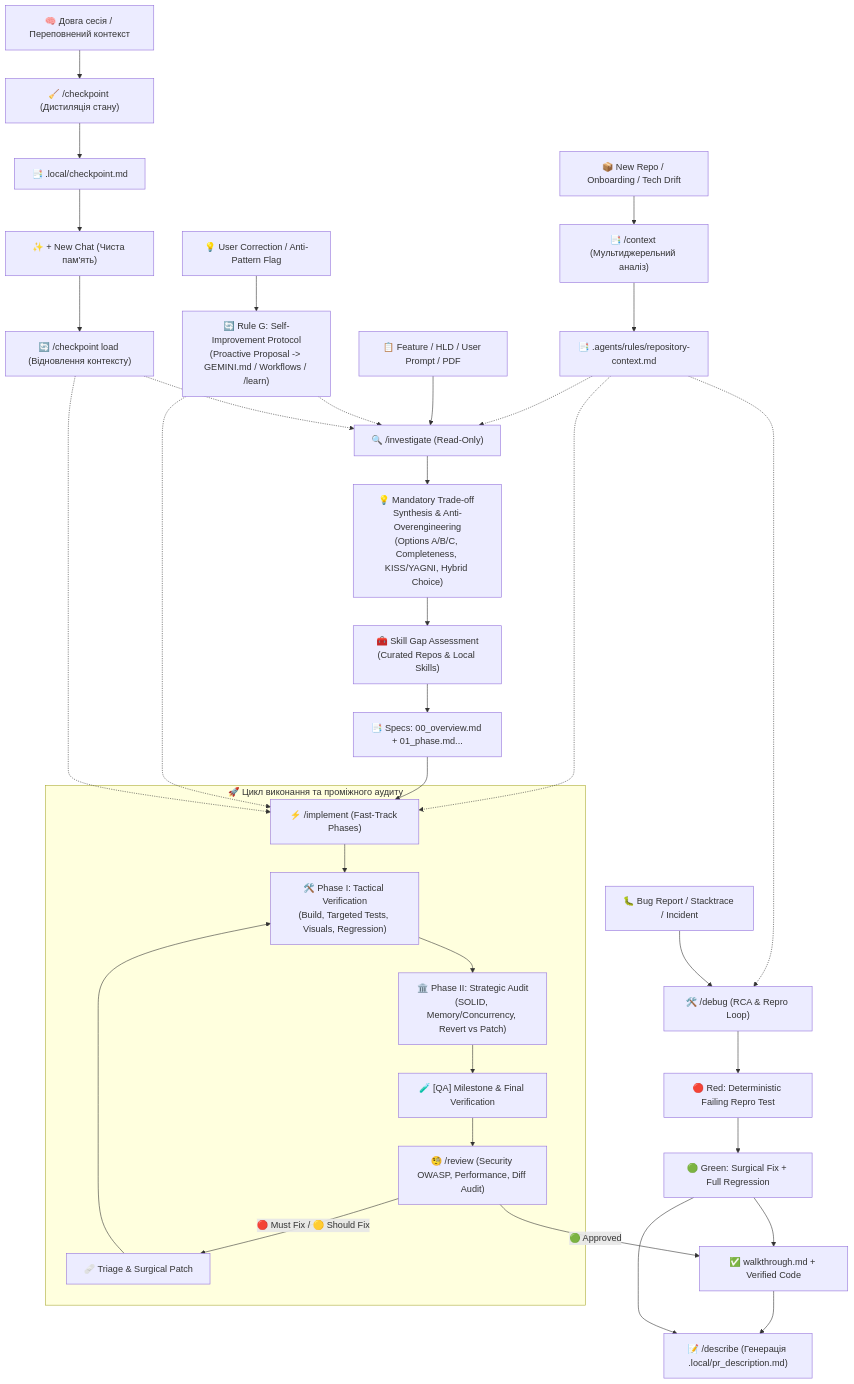
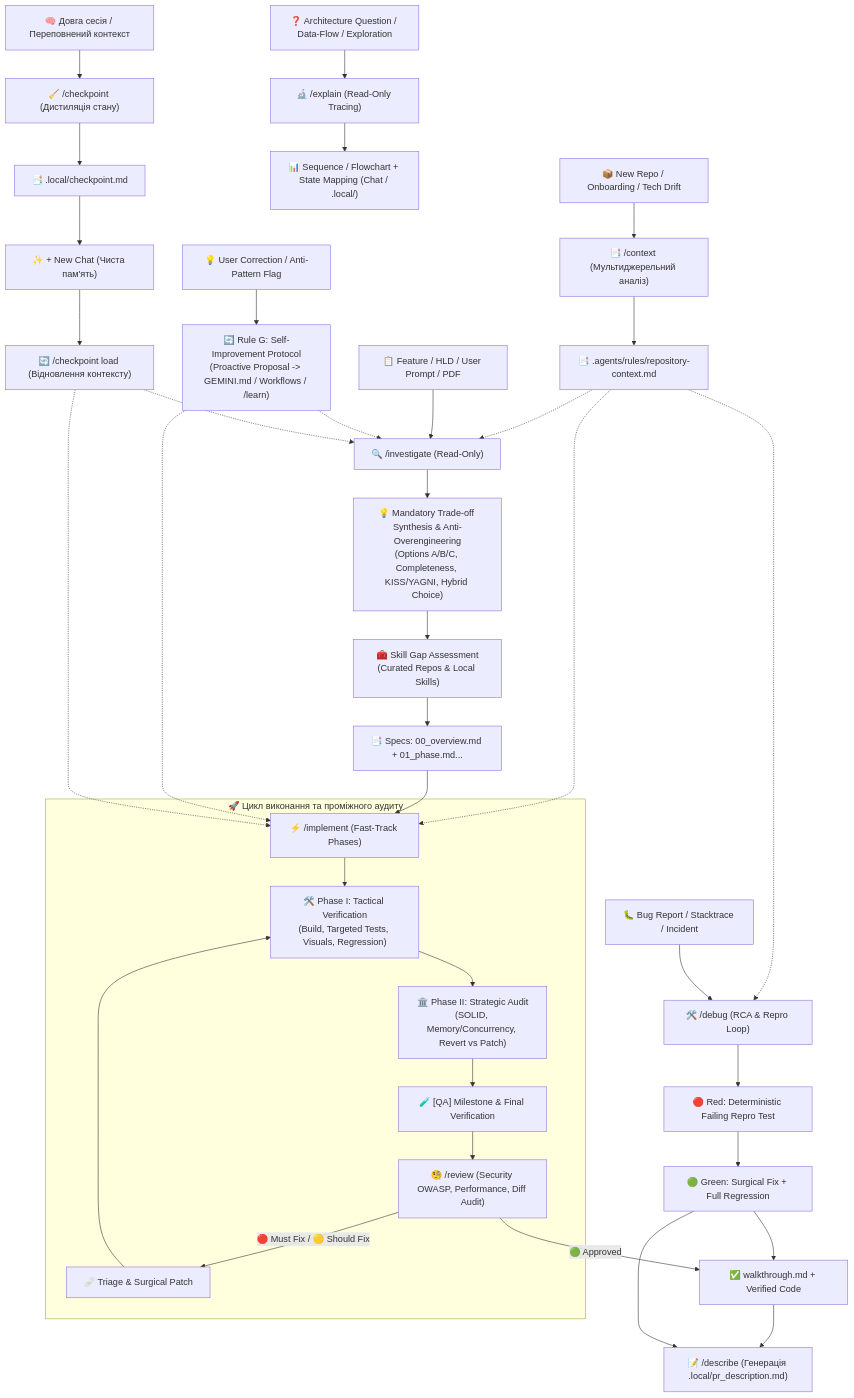
Before and after one commit to nperepichka/Antigravity: the diagram in README.md, drawn with Mermaid. The commit also changed other lines of this file and 7 other files, not shown here.

````diff
--- a/README.md
+++ b/README.md
@@ -9,43 +9,46 @@
 ```mermaid
 flowchart TD
     RepoInit["📦 New Repo / Onboarding / Tech Drift"] --> Context["📑 /context (Мультиджерельний аналіз)"]
     Context --> ContextFile["📑 .agents/rules/repository-context.md"]
     ContextFile -.-> Investigate
     ContextFile -.-> Implement
     ContextFile -.-> Debug
 
     Task["📋 Feature / HLD / User Prompt / PDF"] --> Investigate["🔍 /investigate (Read-Only)"]
     Investigate --> SolutionSynthesis["💡 Mandatory Trade-off Synthesis & Anti-Overengineering\n(Options A/B/C, Completeness, KISS/YAGNI, Hybrid Choice)"]
     SolutionSynthesis --> SkillDiscovery["🧰 Skill Gap Assessment\n(Curated Repos & Local Skills)"]
     SkillDiscovery --> Specs["📑 Specs: 00_overview.md + 01_phase.md..."]
     Specs --> Implement["⚡ /implement (Fast-Track Phases)"]
+
+    Query["❓ Architecture Question / Data-Flow / Exploration"] --> Explain["🔬 /explain (Read-Only Tracing)"]
+    Explain --> TraceOutput["📊 Sequence / Flowchart + State Mapping (Chat / .local/)"]
     
     subgraph ExecutionGroup ["🚀 Цикл виконання та проміжного аудиту"]
         Implement --> Tactical["🛠️ Phase I: Tactical Verification\n(Build, Targeted Tests, Visuals, Regression)"]
         Tactical --> Strategic["🏛️ Phase II: Strategic Audit\n(SOLID, Memory/Concurrency, Revert vs Patch)"]
         Strategic --> MilestoneQA["🧪 [QA] Milestone & Final Verification"]
         MilestoneQA --> ReviewGate["🧐 /review (Security OWASP, Performance, Diff Audit)"]
         ReviewGate -->|🔴 Must Fix / 🟡 Should Fix| PatchLoop["🩹 Triage & Surgical Patch"]
         PatchLoop --> Tactical
     end
 
     ReviewGate -->|🟢 Approved| Walkthrough["✅ walkthrough.md + Verified Code"]
     Walkthrough --> Describe["📝 /describe (Генерація .local/pr_description.md)"]
 
     Bug["🐛 Bug Report / Stacktrace / Incident"] --> Debug["🛠️ /debug (RCA & Repro Loop)"]
     Debug --> RedTest["🔴 Red: Deterministic Failing Repro Test"]
     RedTest --> GreenFix["🟢 Green: Surgical Fix + Full Regression"]
     GreenFix --> Walkthrough
     GreenFix --> Describe
 
     UserFeedback["💡 User Correction / Anti-Pattern Flag"] --> RuleG["🔄 Rule G: Self-Improvement Protocol\n(Proactive Proposal -> GEMINI.md / Workflows / /learn)"]
     RuleG -.-> Investigate
     RuleG -.-> Implement
 
     ContextBloat["🧠 Довга сесія / Переповнений контекст"] --> CheckpointSave["🧹 /checkpoint (Дистиляція стану)"]
     CheckpointSave --> CheckpointFile["📑 .local/checkpoint.md"]
     CheckpointFile --> NewSession["✨ + New Chat (Чиста пам'ять)"]
     NewSession --> CheckpointLoad["🔄 /checkpoint load (Відновлення контексту)"]
     CheckpointLoad -.-> Investigate
     CheckpointLoad -.-> Implement
 ```
````
